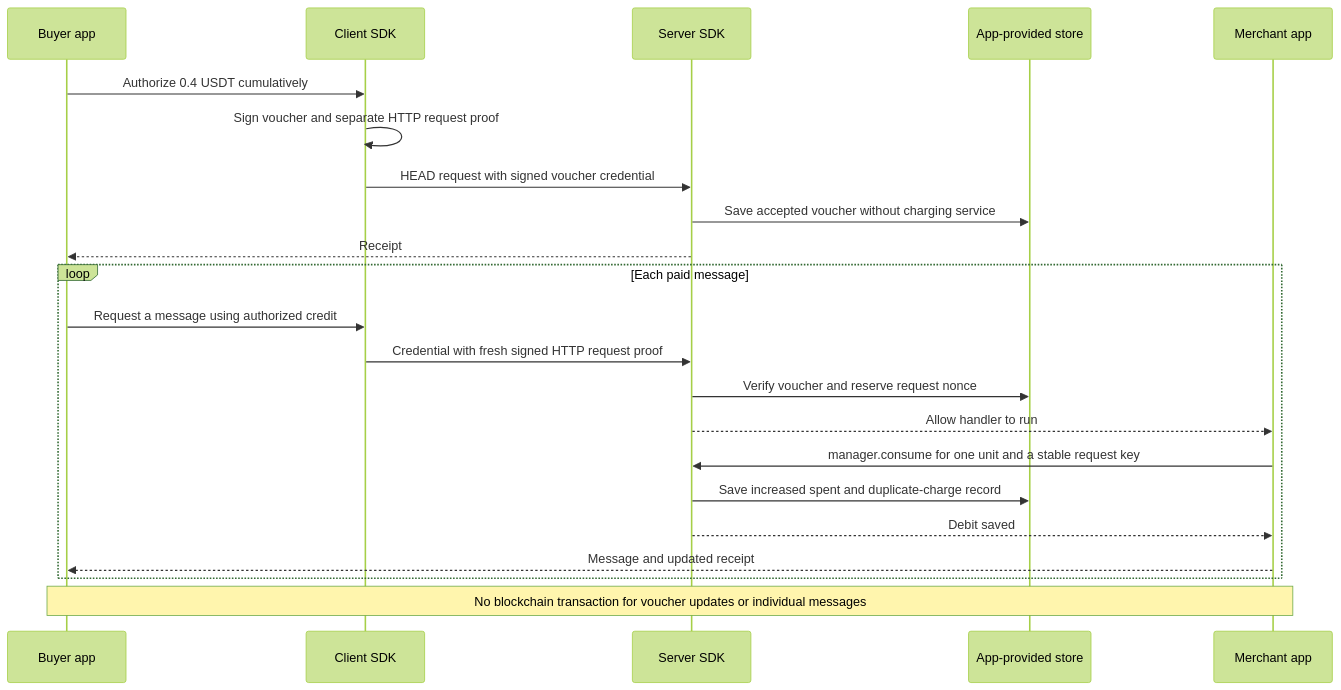
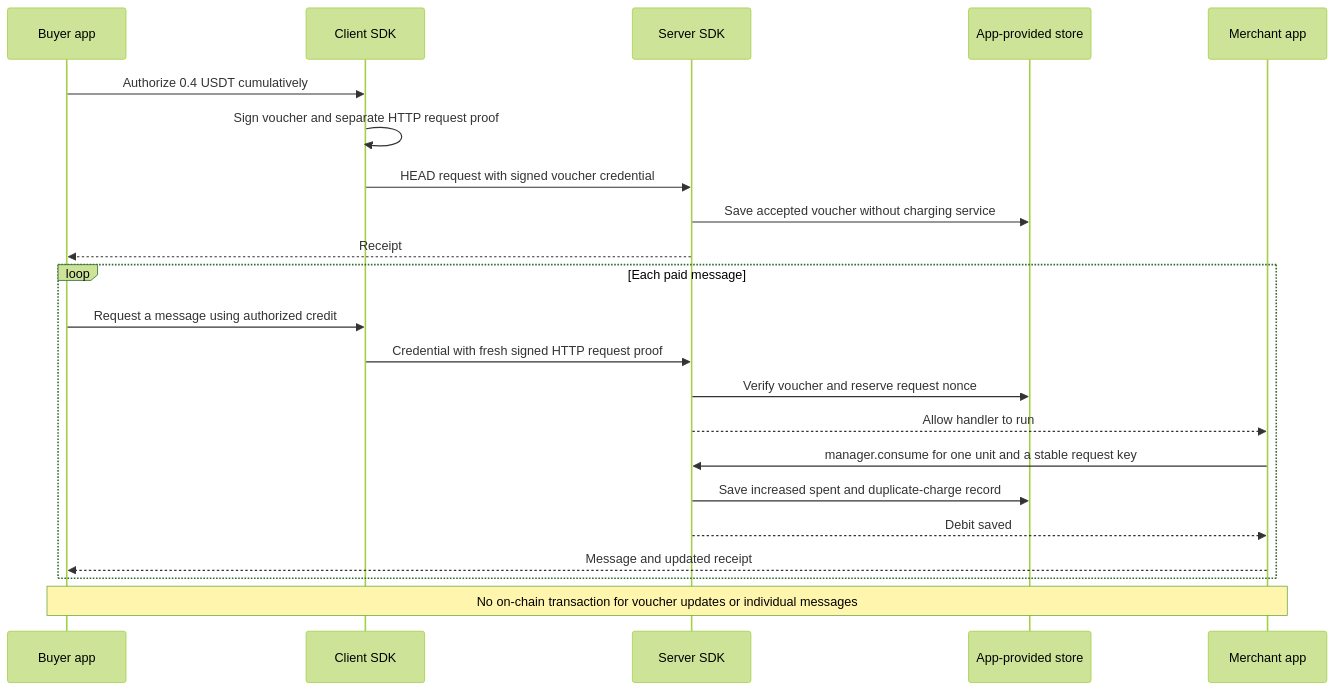
The third of 4 diagrams in README.md (aziz1975/tron-mpp-sdk), drawn with Mermaid (forest theme) before and after one commit. The commit also changed other lines of this file, not shown here.

````diff
--- a/README.md
+++ b/README.md
@@ -261,24 +262,24 @@
 ```mermaid
 sequenceDiagram
     participant Buyer as Buyer app
     participant Client as Client SDK
     participant Server as Server SDK
     participant Store as App-provided store
     participant Service as Merchant app
     Buyer->>Client: Authorize 0.4 USDT cumulatively
     Client->>Client: Sign voucher and separate HTTP request proof
     Client->>Server: HEAD request with signed voucher credential
     Server->>Store: Save accepted voucher without charging service
     Server-->>Buyer: Receipt
     loop Each paid message
         Buyer->>Client: Request a message using authorized credit
         Client->>Server: Credential with fresh signed HTTP request proof
         Server->>Store: Verify voucher and reserve request nonce
         Server-->>Service: Allow handler to run
         Service->>Server: manager.consume for one unit and a stable request key
         Server->>Store: Save increased spent and duplicate-charge record
         Server-->>Service: Debit saved
         Service-->>Buyer: Message and updated receipt
     end
-    Note over Buyer,Service: No blockchain transaction for voucher updates or individual messages
+    Note over Buyer,Service: No on-chain transaction for voucher updates or individual messages
 ```
````
